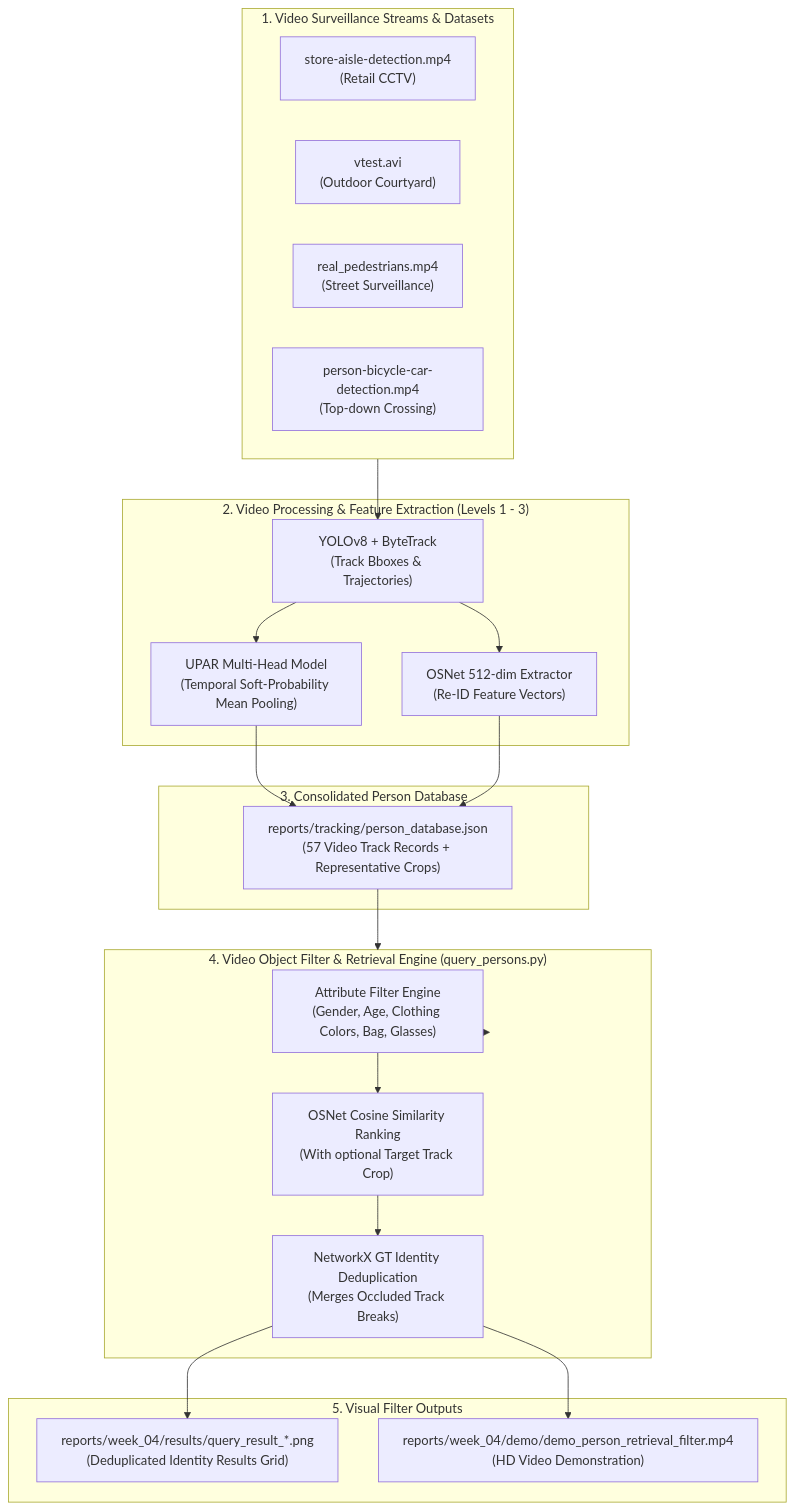
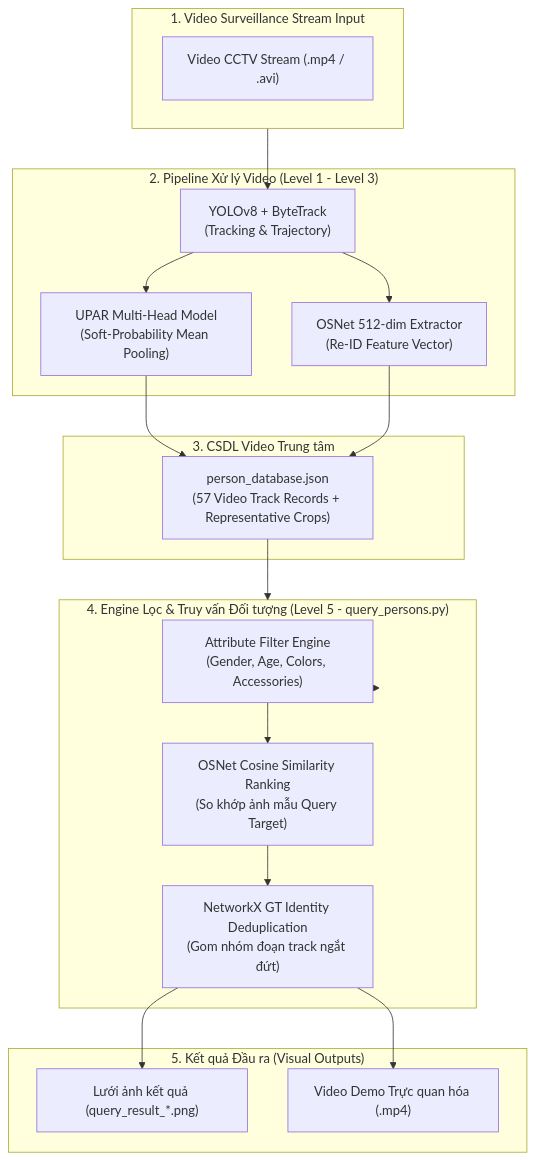
One commit to NVAnh050904/CODE-AI-PROJECT changed the diagram in README.md. Above: the diagram before and after it, drawn with Mermaid. The commit also changed other lines of this file and 81 other files, not shown here.

````diff
--- a/README.md
+++ b/README.md
@@ -70,37 +21,34 @@
 ```mermaid
 flowchart TD
-    subgraph InputVideos ["1. Video Surveillance Streams & Datasets"]
-        V1["store-aisle-detection.mp4\n(Retail CCTV)"]
-        V2["vtest.avi\n(Outdoor Courtyard)"]
-        V3["real_pedestrians.mp4\n(Street Surveillance)"]
-        V4["person-bicycle-car-detection.mp4\n(Top-down Crossing)"]
+    subgraph StreamInput ["1. Video Surveillance Stream Input"]
+        V1["Video CCTV Stream (.mp4 / .avi)"]
     end
 
-    subgraph Level123 ["2. Video Processing & Feature Extraction (Levels 1 - 3)"]
-        Tracking["YOLOv8 + ByteTrack\n(Track Bboxes & Trajectories)"]
-        AttrEngine["UPAR Multi-Head Model\n(Temporal Soft-Probability Mean Pooling)"]
-        ReIDEngine["OSNet 512-dim Extractor\n(Re-ID Feature Vectors)"]
+    subgraph CorePipeline ["2. Pipeline Xử lý Video (Level 1 - Level 3)"]
+        Tracking["YOLOv8 + ByteTrack\n(Tracking & Trajectory)"]
+        AttrEngine["UPAR Multi-Head Model\n(Soft-Probability Mean Pooling)"]
+        ReIDEngine["OSNet 512-dim Extractor\n(Re-ID Feature Vector)"]
     end
 
-    subgraph Database ["3. Consolidated Person Database"]
-        DBJSON["reports/tracking/person_database.json\n(57 Video Track Records + Representative Crops)"]
+    subgraph CentralDB ["3. CSDL Video Trung tâm"]
+        DBJSON["person_database.json\n(57 Video Track Records + Representative Crops)"]
     end
 
-    subgraph QueryEngine ["4. Video Object Filter & Retrieval Engine (query_persons.py)"]
-        AttrFilter["Attribute Filter Engine\n(Gender, Age, Clothing Colors, Bag, Glasses)"]
-        ReIDRank["OSNet Cosine Similarity Ranking\n(With optional Target Track Crop)"]
-        GTDedup["NetworkX GT Identity Deduplication\n(Merges Occluded Track Breaks)"]
+    subgraph SearchEngine ["4. Engine Lọc & Truy vấn Đối tượng (Level 5 - query_persons.py)"]
+        AttrFilter["Attribute Filter Engine\n(Gender, Age, Colors, Accessories)"]
+        ReIDRank["OSNet Cosine Similarity Ranking\n(So khớp ảnh mẫu Query Target)"]
+        GTDedup["NetworkX GT Identity Deduplication\n(Gom nhóm đoạn track ngắt đứt)"]
     end
 
-    subgraph OutputVisual ["5. Visual Filter Outputs"]
-        GridImg["reports/week_04/results/query_result_*.png\n(Deduplicated Identity Results Grid)"]
-        DemoVideo["reports/week_04/demo/demo_person_retrieval_filter.mp4\n(HD Video Demonstration)"]
+    subgraph OutputVisual ["5. Kết quả Đầu ra (Visual Outputs)"]
+        GridImg["Lưới ảnh kết quả (query_result_*.png)"]
+        DemoVideo["Video Demo Trực quan hóa (.mp4)"]
     end
 
-    InputVideos --> Tracking
+    StreamInput --> Tracking
     Tracking --> AttrEngine & ReIDEngine
     AttrEngine & ReIDEngine --> DBJSON
-    DBJSON --> QueryEngine
-    QueryEngine --> AttrFilter --> ReIDRank --> GTDedup
+    DBJSON --> SearchEngine
+    SearchEngine --> AttrFilter --> ReIDRank --> GTDedup
     GTDedup --> GridImg & DemoVideo
 ```
````
